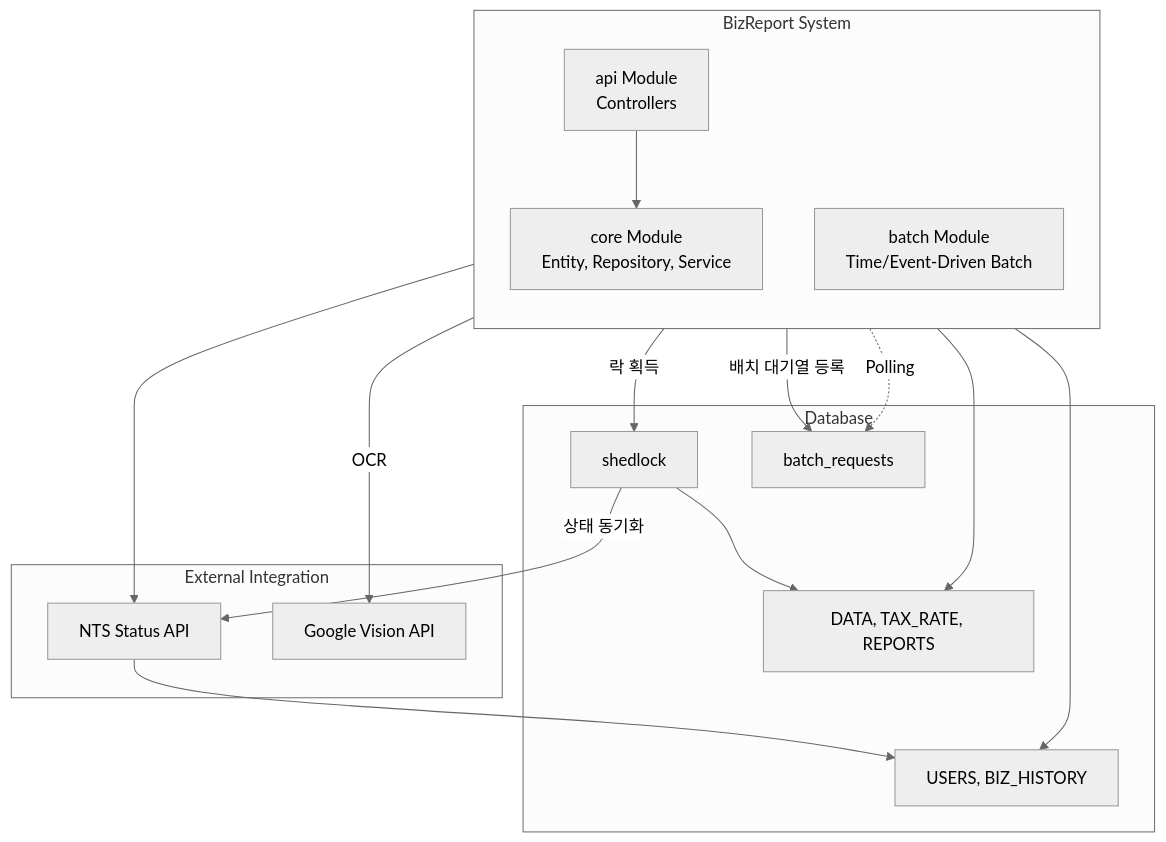
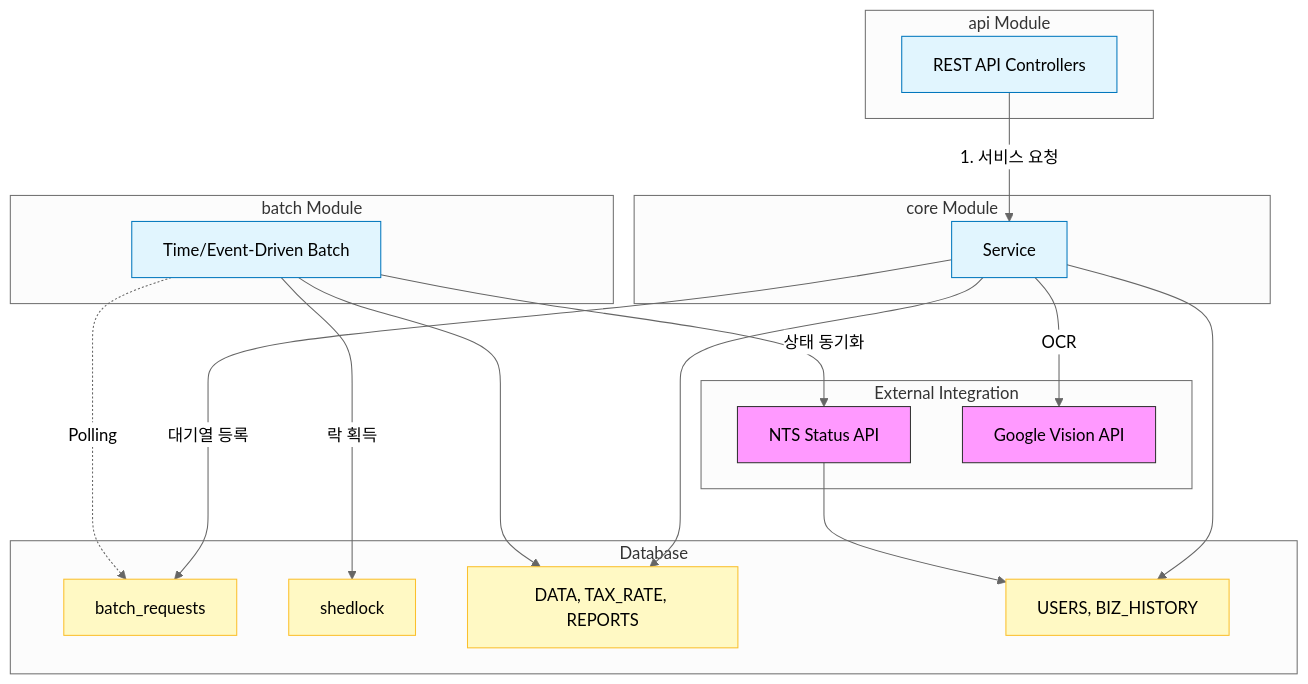
The first of 2 diagrams in README.md (solkim7612/BizReport), drawn with Mermaid (neutral theme) before and after one commit.

Commit message:
correct readme3.4

````diff
--- a/README.md
+++ b/README.md
@@ -37,38 +37,54 @@
 ```mermaid
 graph TD
-    subgraph EXT[External Integration]
+    %% 레이어별 배치
+    subgraph EXT [External Integration]
         NTS[NTS Status API]
         GVA[Google Vision API]
     end
 
-    subgraph SYS[BizReport System]
-        direction TB
-        API["api Module<br/>Controllers"]
-        CORE["core Module<br/>Entity, Repository, Service"]
-        BATCH["batch Module<br/>Time/Event-Driven Batch"]
+    subgraph API_L [api Module]
+        API[REST API Controllers]
     end
 
-    subgraph DB[Database]
+    subgraph CORE_L [core Module]
+        CORE[Service]
+    end
+
+    subgraph BATCH_L [batch Module]
+        BATCH[Time/Event-Driven Batch]
+    end
+
+    subgraph DB [Database]
+        REQ[batch_requests]
         SHED[shedlock]
-        REQ[batch_requests]
         DATA[DATA, TAX_RATE, REPORTS]
         USR[USERS, BIZ_HISTORY]
     end
 
-    %% API 모듈 흐름
-    API --> CORE
+    %% 흐름 연결
+    API -->|1. 서비스 요청| CORE
     
-    %% Core 모듈 흐름
+    %% Core 모듈의 기능적 흐름
     CORE -->|OCR| GVA
-    CORE --> NTS
-    CORE -->|배치 대기열 등록| REQ
+    CORE -->|대기열 등록| REQ
     CORE --> DATA
     CORE --> USR
     
-    %% Batch 모듈 흐름
+    %% Batch 모듈의 흐름
     BATCH -.->|Polling| REQ
     BATCH -->|락 획득| SHED
-    SHED -->|상태 동기화| NTS
+    
+    %% 배치와 외부 연동/DB
+    BATCH -->|상태 동기화| NTS
     NTS --> USR
-    SHED --> DATA
+    BATCH --> DATA
+    
+    %% 스타일링
+    classDef ext fill:#f9f,stroke:#333;
+    classDef mod fill:#e1f5fe,stroke:#0277bd;
+    classDef db fill:#fff9c4,stroke:#fbc02d;
+    
+    class NTS,GVA ext;
+    class API,CORE,BATCH mod;
+    class REQ,SHED,DATA,USR db;
 ```
````
